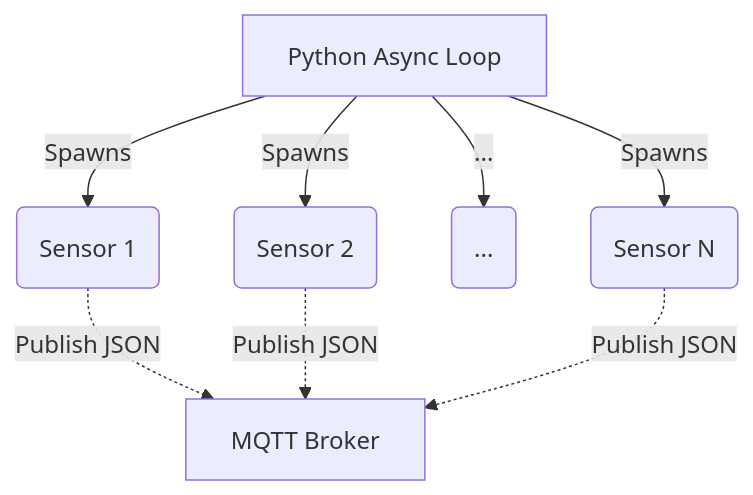
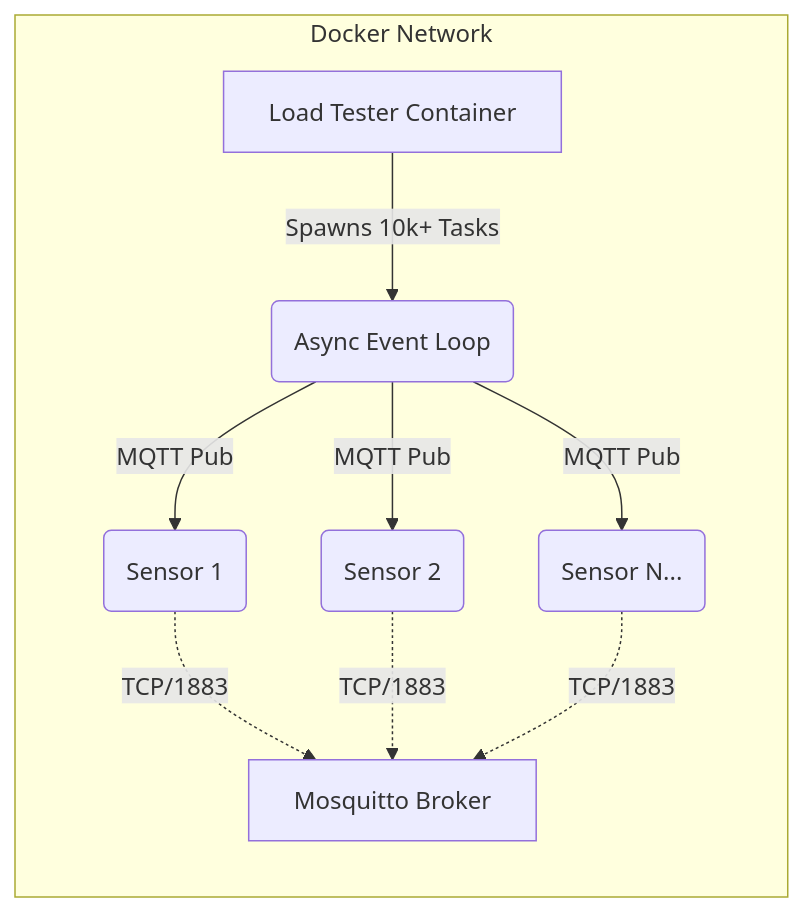
The diagram in README.md (pedroEKS/iot-sensor-load-tester), drawn with Mermaid before and after one commit. The commit also changed other lines of this file, not shown here.

Commit message:
Update README.md for clarity and enhanced feature description, including Docker setup and local development instructions

````diff
--- a/README.md
+++ b/README.md
@@ -19,11 +27,17 @@
 ```mermaid
-graph TD
-    Orchestrator[Python Async Loop] -->|Spawns| S1(Sensor 1)
-    Orchestrator -->|Spawns| S2(Sensor 2)
-    Orchestrator -->|...| SX(...)
-    Orchestrator -->|Spawns| SN(Sensor N)
-    
-    S1 -.->|Publish JSON| Broker[MQTT Broker]
-    S2 -.->|Publish JSON| Broker
-    SN -.->|Publish JSON| Broker
+graph LR
+    subgraph Docker Network
+        direction TB
+        Orch[Load Tester Container]
+        Broker[Mosquitto Broker]
+
+        Orch -->|Spawns 10k+ Tasks| Loop(Async Event Loop)
+        Loop -->|MQTT Pub| S1(Sensor 1)
+        Loop -->|MQTT Pub| S2(Sensor 2)
+        Loop -->|MQTT Pub| SN(Sensor N...)
+
+        S1 -.->|TCP/1883| Broker
+        S2 -.->|TCP/1883| Broker
+        SN -.->|TCP/1883| Broker
+    end
 ```
````
